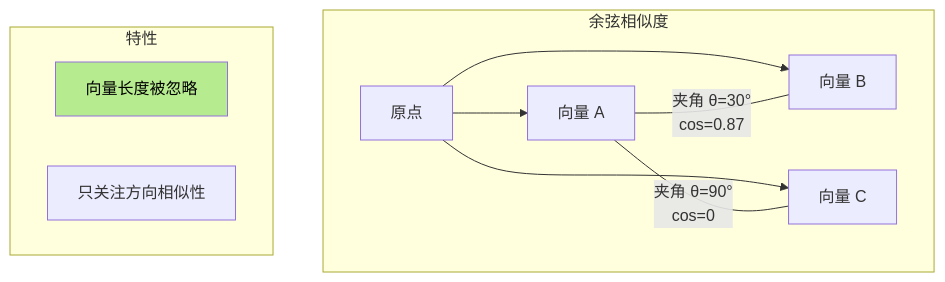
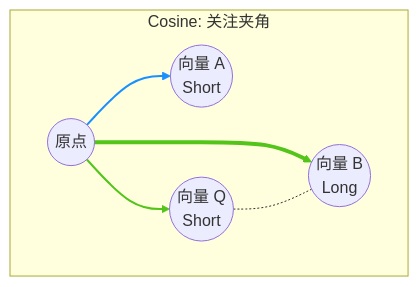
Diagram 22 of 36 in docs/research/003-vector-search-algorithm.md (ThreeFish-AI/agentic-ai-cognizes), drawn with Mermaid before and after one commit. The commit also changed other lines of this file, not shown here.

````diff
--- a/docs/research/003-vector-search-algorithm.md
+++ b/docs/research/003-vector-search-algorithm.md
@@ -1623,18 +1623,20 @@
 ```mermaid
 graph TB
-    subgraph "余弦相似度"
-        O[原点] --> A[向量 A]
-        O --> B[向量 B]
-        O --> C[向量 C]
+    subgraph "Cosine: 关注夹角"
+        O((原点))
+        A((向量 A <br/> Short))
+        B((向量 B <br/> Long))
+        Q((向量 Q <br/> Short))
 
-        A --- |"夹角 θ=30°<br/>cos=0.87"| B
-        A --- |"夹角 θ=90°<br/>cos=0"| C
+        O --> A
+        O --> B
+        O --> Q
+
+        linkStyle 0 stroke:#1890ff,stroke-width:2px;
+        linkStyle 1 stroke:#52c41a,stroke-width:4px;
+        linkStyle 2 stroke:#52c41a,stroke-width:2px;
+
+        %% Label: Q and B have different lengths but same direction
+        Q -.- B
     end
-
-    subgraph "特性"
-        S1["向量长度被忽略"]
-        S2["只关注方向相似性"]
-    end
-
-    style S1 fill:#b7eb8f,color:#000000
 ```
````
